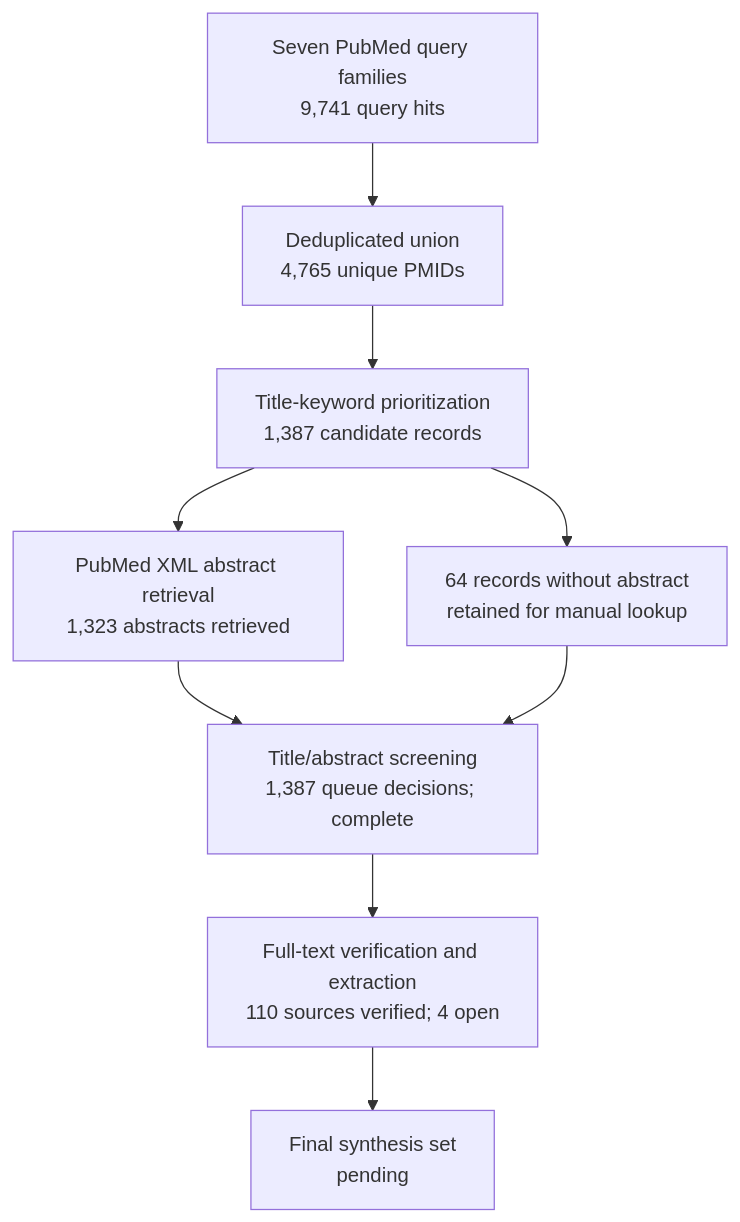
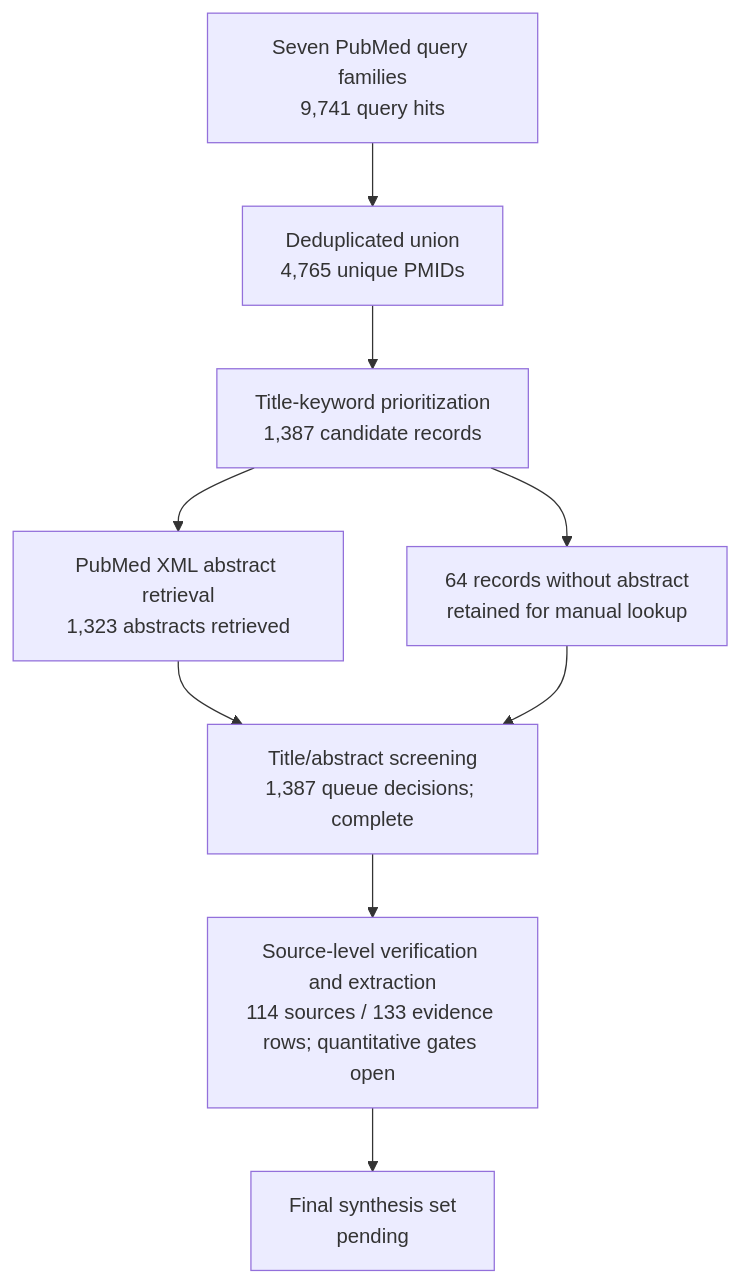
One commit to dcmcshan/artemisia changed the diagram in manuscript/review-flow.md. Above: the diagram before and after it, drawn with Mermaid. The commit also changed other lines of this file and 11 other files, not shown here.

Commit message:
Complete source-level antiparasitic verification

````diff
--- a/manuscript/review-flow.md
+++ b/manuscript/review-flow.md
@@ -5,11 +5,11 @@
 ```mermaid
 flowchart TB
   Q[Seven PubMed query families<br/>9,741 query hits] --> U[Deduplicated union<br/>4,765 unique PMIDs]
   U --> T[Title-keyword prioritization<br/>1,387 candidate records]
   T --> A[PubMed XML abstract retrieval<br/>1,323 abstracts retrieved]
   T --> N[64 records without abstract<br/>retained for manual lookup]
   A --> M[Title/abstract screening<br/>1,387 queue decisions; complete]
   N --> M
-  M --> F[Full-text verification and extraction<br/>110 sources verified; 4 open]
+  M --> F[Source-level verification and extraction<br/>114 sources / 133 evidence rows; quantitative gates open]
   F --> S[Final synthesis set<br/>pending]
 ```
````
